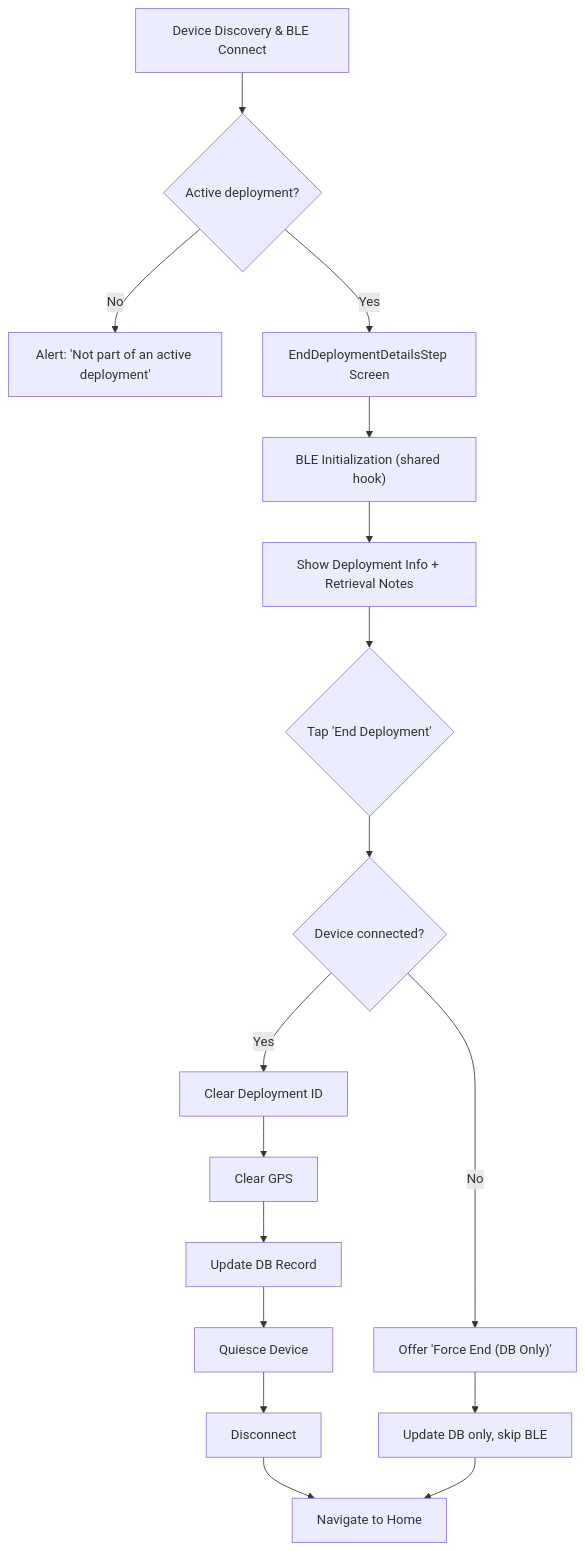
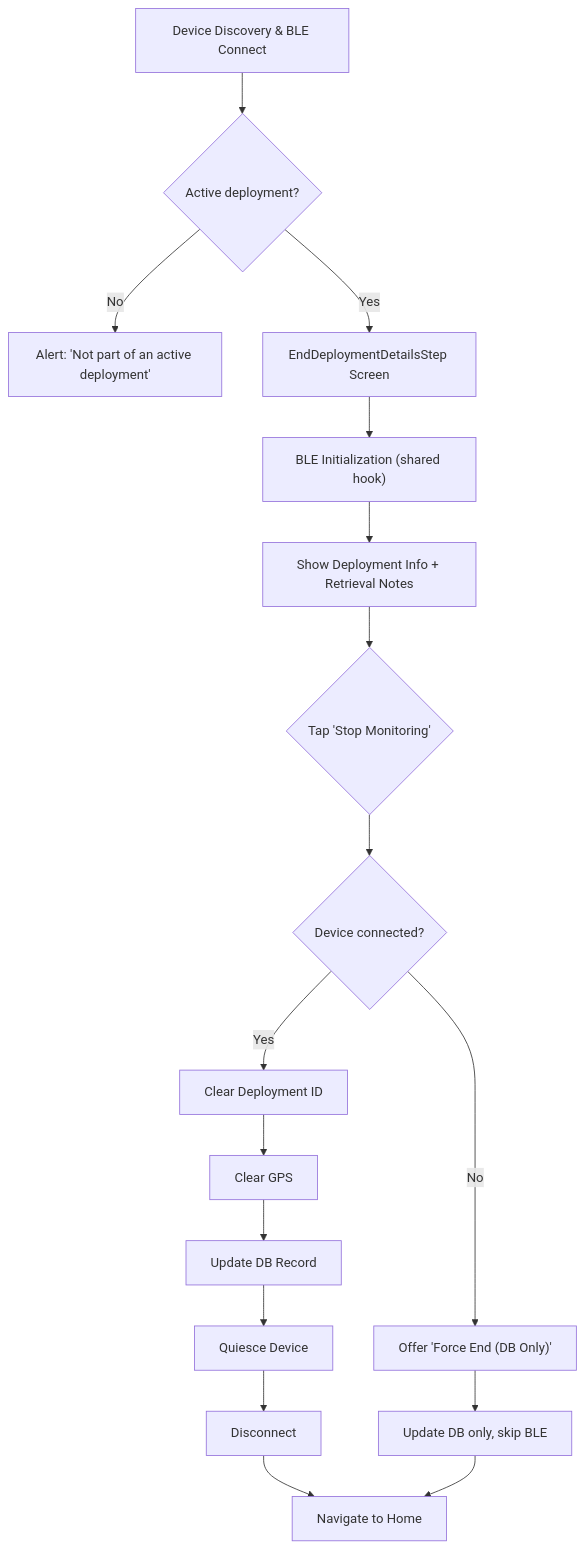
One commit to wildlifeai/ww-mobile-app changed the third of 3 diagrams in documentation/onboarding/04-DEVICE-FLOWS.md. Above: the diagram before and after it, drawn with Mermaid. The commit also changed other lines of this file and 16 other files, not shown here.

First line of the commit message:
feat: improve deployment flow and standardize monitoring term

````diff
--- a/documentation/onboarding/04-DEVICE-FLOWS.md
+++ b/documentation/onboarding/04-DEVICE-FLOWS.md
@@ -148,21 +148,21 @@
 ```mermaid
 flowchart TD
     A["Device Discovery & BLE Connect"] --> B{"Active deployment?"}
     B -- No --> C["Alert: 'Not part of an active deployment'"]
     B -- Yes --> D["EndDeploymentDetailsStep Screen"]
     
     D --> E["BLE Initialization (shared hook)"]
     E --> F["Show Deployment Info + Retrieval Notes"]
-    F --> G{"Tap 'End Deployment'"}
+    F --> G{"Tap 'Stop Monitoring'"}
     G --> H{"Device connected?"}
     H -- No --> I["Offer 'Force End (DB Only)'"]
     H -- Yes --> J["Clear Deployment ID"]
     J --> K["Clear GPS"]
     K --> L["Update DB Record"]
     L --> M["Quiesce Device"]
     M --> N["Disconnect"]
     N --> O["Navigate to Home"]
     
     I --> P["Update DB only, skip BLE"]
     P --> O
 ```
````
